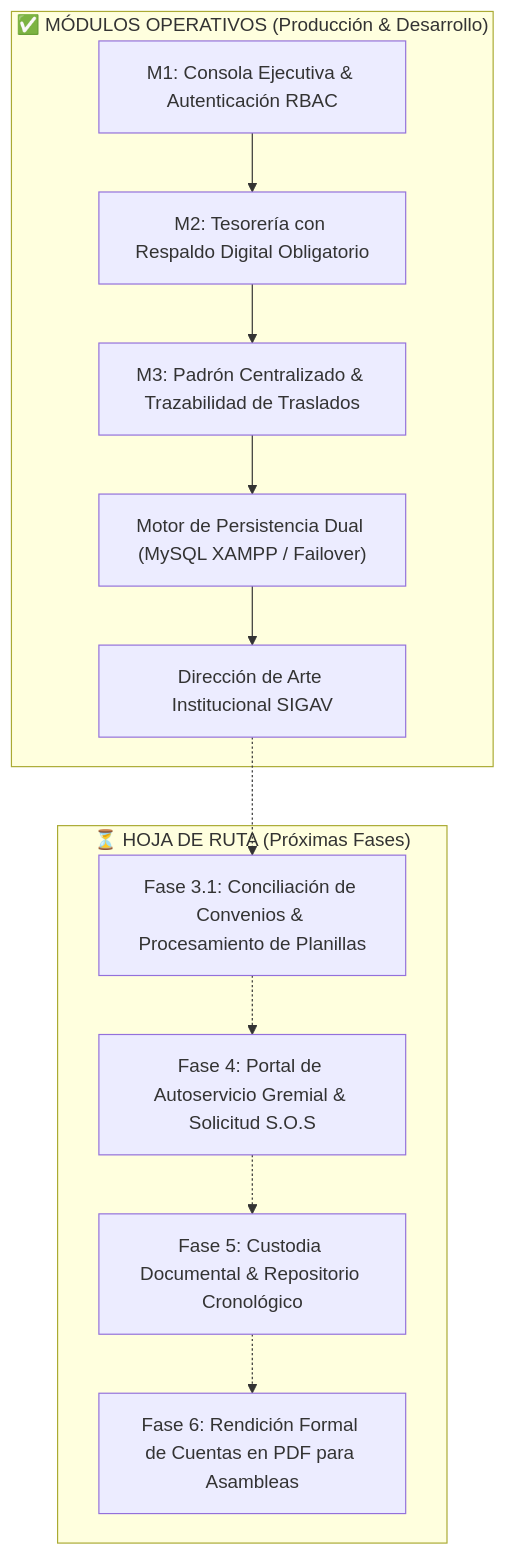
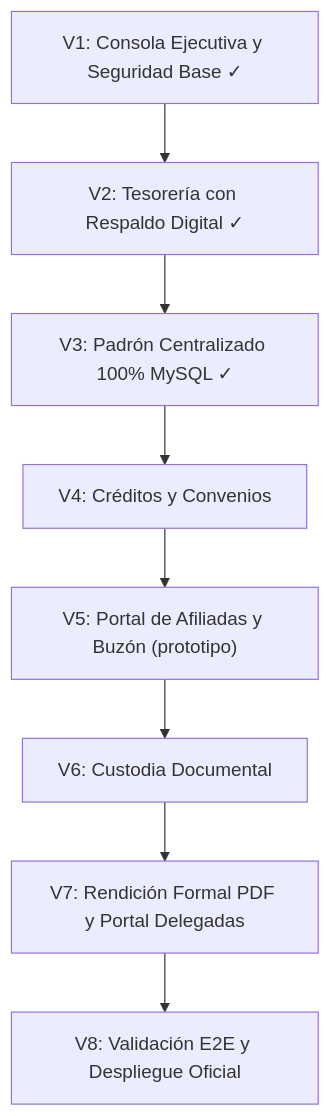
One commit to swix14/dashboard changed the diagram in README.md. Above: the diagram before and after it, drawn with Mermaid. The commit also changed other lines of this file, not shown here.

````diff
--- a/README.md
+++ b/README.md
@@ -50,26 +54,10 @@
 ```mermaid
 graph TD
-    subgraph Operativos ["✅ MÓDULOS OPERATIVOS (Producción & Desarrollo)"]
-        M1["M1: Consola Ejecutiva & Autenticación RBAC"]
-        M2["M2: Tesorería con Respaldo Digital Obligatorio"]
-        M3["M3: Padrón Centralizado & Trazabilidad de Traslados"]
-        ARCH["Motor de Persistencia Dual (MySQL XAMPP / Failover)"]
-        UI["Dirección de Arte Institucional SIGAV"]
-    end
-
-    subgraph Planificados ["⏳ HOJA DE RUTA (Próximas Fases)"]
-        M31["Fase 3.1: Conciliación de Convenios & Procesamiento de Planillas"]
-        M4["Fase 4: Portal de Autoservicio Gremial & Solicitud S.O.S"]
-        M5["Fase 5: Custodia Documental & Repositorio Cronológico"]
-        M6["Fase 6: Rendición Formal de Cuentas en PDF para Asambleas"]
-    end
-
-    M1 --> M2
-    M2 --> M3
-    M3 --> ARCH
-    ARCH --> UI
-    UI -.-> M31
-    M31 -.-> M4
-    M4 -.-> M5
-    M5 -.-> M6
+    V1["V1: Consola Ejecutiva y Seguridad Base ✓"] --> V2["V2: Tesorería con Respaldo Digital ✓"]
+    V2 --> V3["V3: Padrón Centralizado 100% MySQL ✓"]
+    V3 --> V4["V4: Créditos y Convenios"]
+    V4 --> V5["V5: Portal de Afiliadas y Buzón (prototipo)"]
+    V5 --> V6["V6: Custodia Documental"]
+    V6 --> V7["V7: Rendición Formal PDF y Portal Delegadas"]
+    V7 --> V8["V8: Validación E2E y Despliegue Oficial"]
 ```
````
